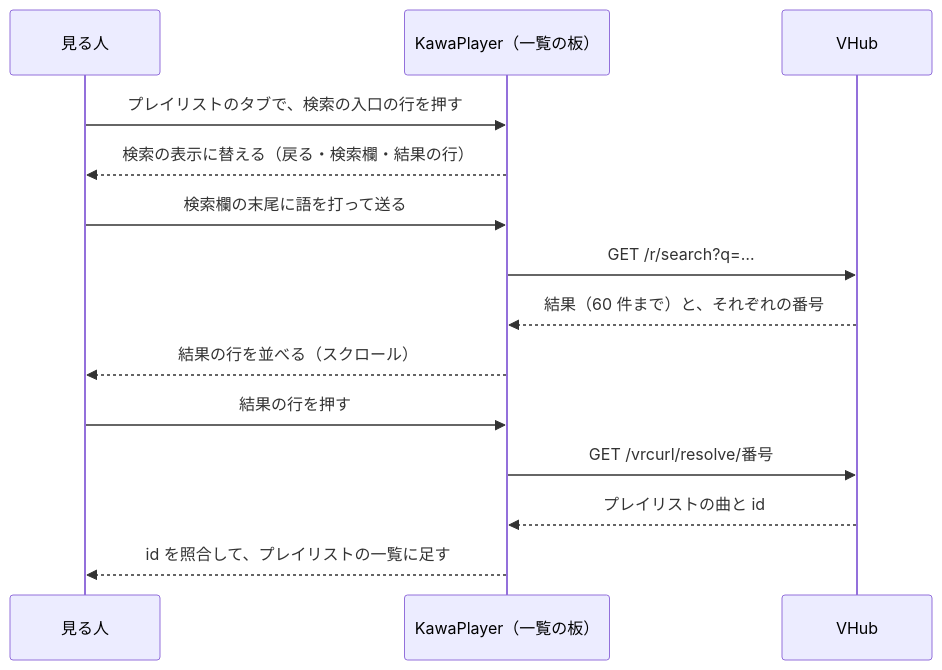
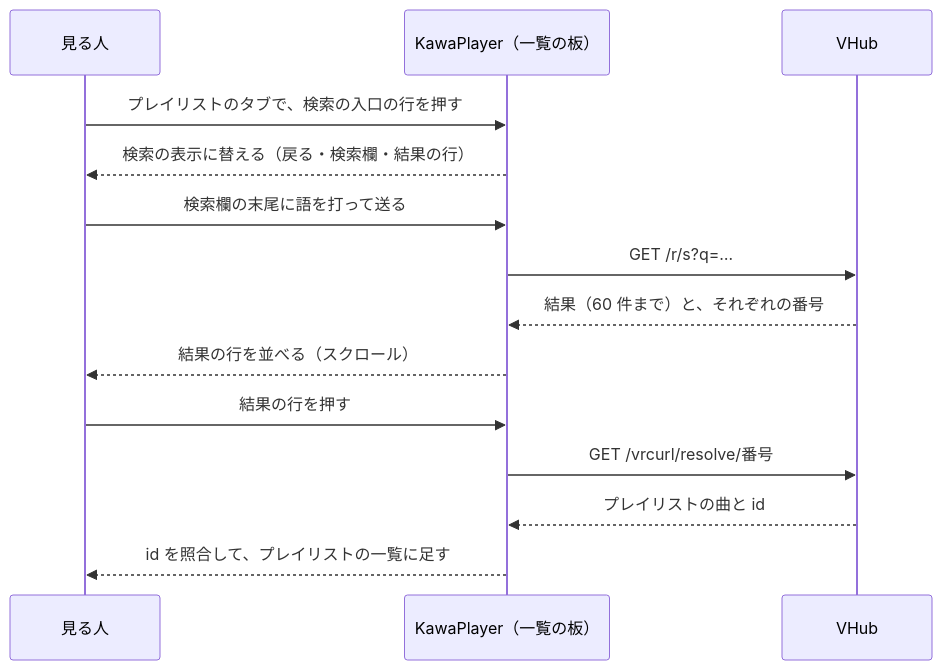
The diagram in docs/design/145-vhub-search/README.md (Mega-Gorilla/KawaPlayer), drawn with Mermaid before and after one commit. The commit also changed other lines of this file and 1 other file, not shown here.

First line of the commit message:
docs(plan): put only the search URL in the field, and shorten it to /r/s?q= (#145)

````diff
--- a/docs/design/145-vhub-search/README.md
+++ b/docs/design/145-vhub-search/README.md
@@ -210,16 +214,16 @@
 ```mermaid
 sequenceDiagram
   participant U as 見る人
   participant K as KawaPlayer（一覧の板）
   participant V as VHub
   U->>K: プレイリストのタブで、検索の入口の行を押す
   K-->>U: 検索の表示に替える（戻る・検索欄・結果の行）
   U->>K: 検索欄の末尾に語を打って送る
-  K->>V: GET /r/search?q=…
+  K->>V: GET /r/s?q=…
   V-->>K: 結果（60 件まで）と、それぞれの番号
   K-->>U: 結果の行を並べる（スクロール）
   U->>K: 結果の行を押す
   K->>V: GET /vrcurl/resolve/番号
   V-->>K: プレイリストの曲と id
   K-->>U: id を照合して、プレイリストの一覧に足す
 ```
````
